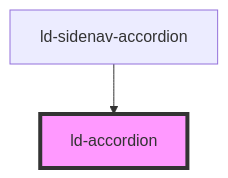
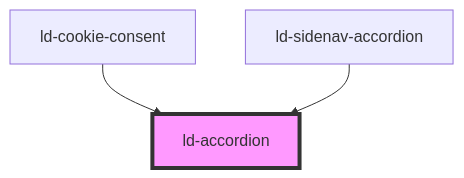
One commit to emdgroup-liquid/liquid changed the diagram in src/liquid/components/ld-accordion/readme.md. Above: the diagram before and after it, drawn with Mermaid. The commit also changed other lines of this file and 41 other files, not shown here.

Commit message:
feat(ld-cookie-consent): component which helps to comply with privacy regulations

````diff
--- a/src/liquid/components/ld-accordion/readme.md
+++ b/src/liquid/components/ld-accordion/readme.md
@@ -362,5 +363,6 @@
 ```mermaid
 graph TD;
+  ld-cookie-consent --> ld-accordion
   ld-sidenav-accordion --> ld-accordion
   style ld-accordion fill:#f9f,stroke:#333,stroke-width:4px
 ```
````
